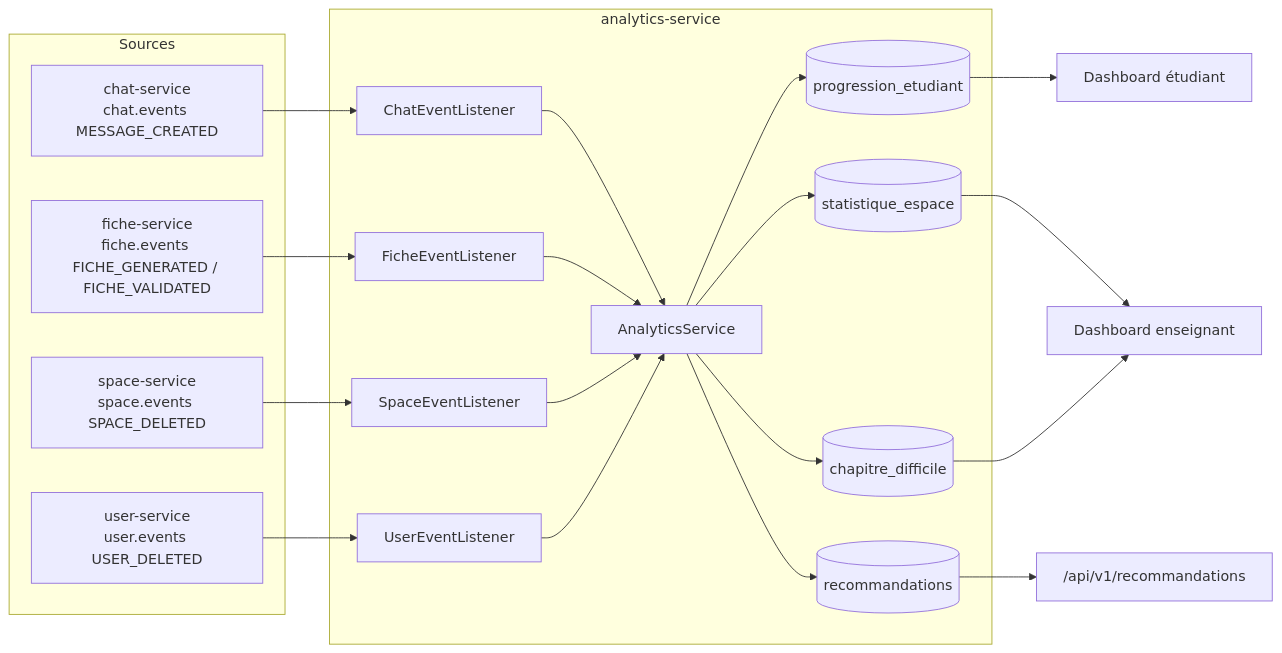
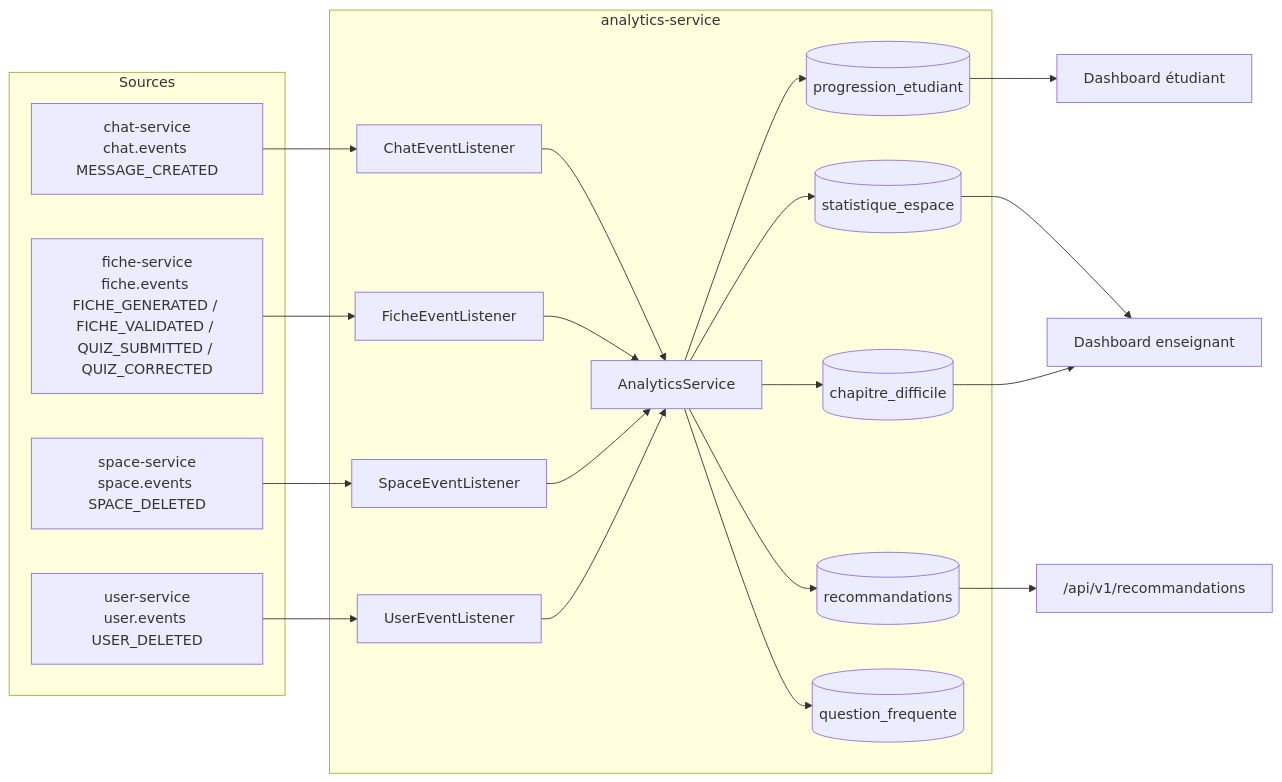
The diagram in analytics-service/README.md (MixMaster2005/TsimokaAI), drawn with Mermaid before and after one commit. The commit also changed other lines of this file and 12 other files, not shown here.

First line of the commit message:
docs: réalignement README sur code + ARCHITECTURE à jour

````diff
--- a/analytics-service/README.md
+++ b/analytics-service/README.md
@@ -40,29 +60,30 @@
 ```mermaid
 flowchart LR
     subgraph Sources
         CS[chat-service<br/>chat.events MESSAGE_CREATED]
-        FS[fiche-service<br/>fiche.events FICHE_GENERATED / FICHE_VALIDATED]
+        FS[fiche-service<br/>fiche.events FICHE_GENERATED / FICHE_VALIDATED / QUIZ_SUBMITTED / QUIZ_CORRECTED]
         SS[space-service<br/>space.events SPACE_DELETED]
         US[user-service<br/>user.events USER_DELETED]
     end
     subgraph analytics-service
         CE[ChatEventListener]
         FE[FicheEventListener]
         SE[SpaceEventListener]
         UE[UserEventListener]
         A[AnalyticsService]
         P[(progression_etudiant)]
         ST[(statistique_espace)]
         CH[(chapitre_difficile)]
         R[(recommandations)]
+        QF[(question_frequente)]
     end
     CS --> CE --> A
     FS --> FE --> A
     SS --> SE --> A
     US --> UE --> A
-    A --> P & ST & CH & R
+    A --> P & ST & CH & R & QF
     P --> DASH[Dashboard étudiant]
     ST --> DT[Dashboard enseignant]
     CH --> DT
     R --> RECO["/api/v1/recommandations"]
 ```
````
